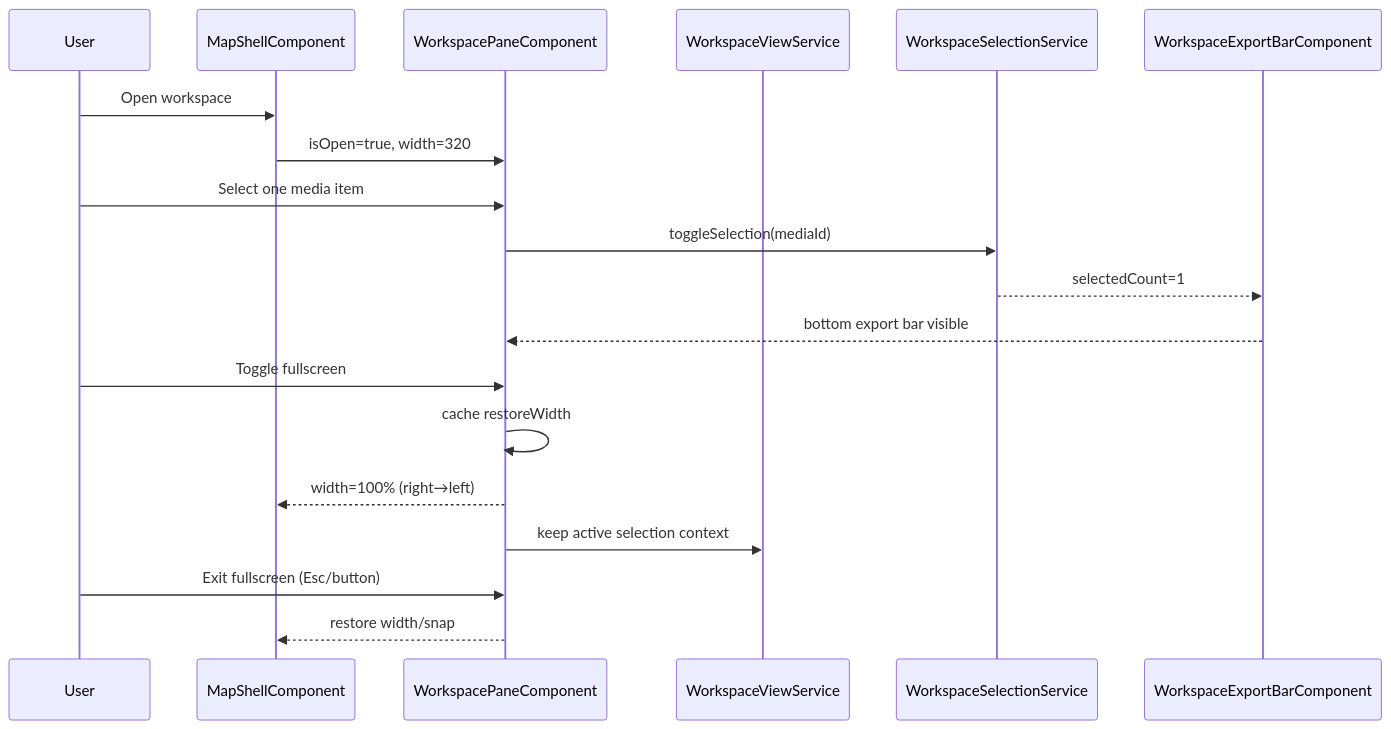
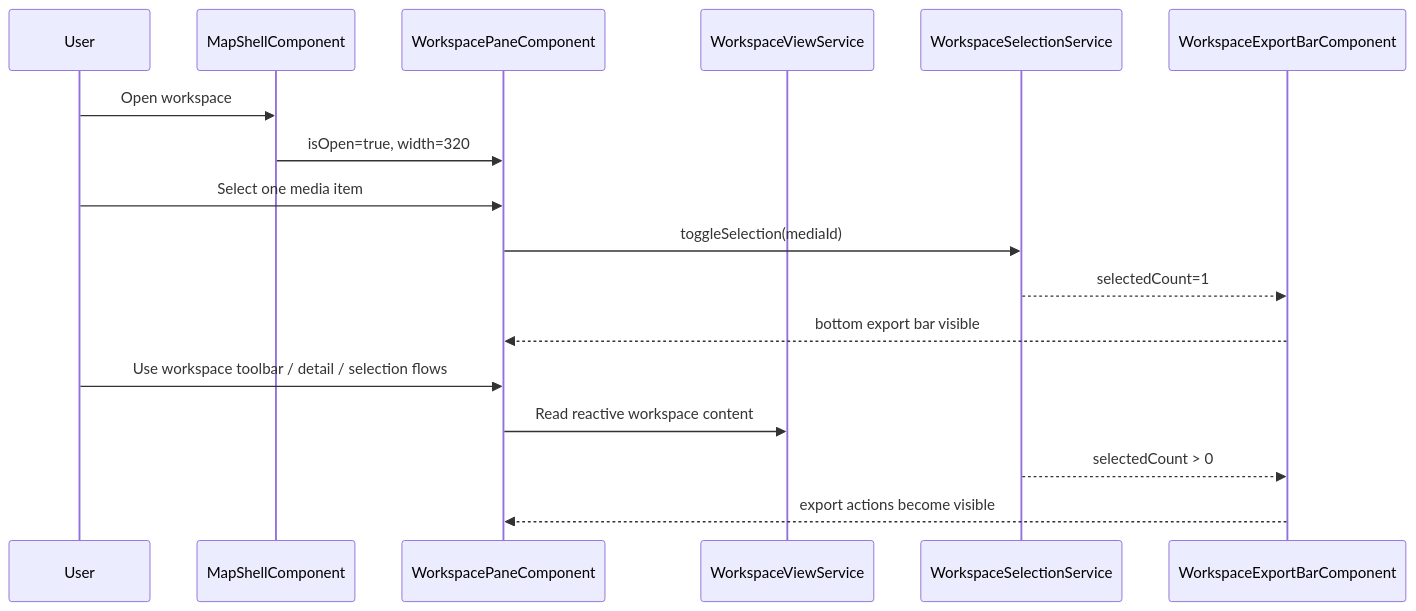
Before and after one commit to matkleve/feldpost: the fourth of 5 diagrams in docs/element-specs/workspace-pane.md, drawn with Mermaid. The commit also changed other lines of this file and 20 other files, not shown here.

````diff
--- a/docs/element-specs/workspace-pane.md
+++ b/docs/element-specs/workspace-pane.md
@@ -142,22 +141,20 @@
 ```mermaid
 sequenceDiagram
   participant User
   participant Shell as MapShellComponent
   participant Pane as WorkspacePaneComponent
   participant View as WorkspaceViewService
   participant Sel as WorkspaceSelectionService
   participant Export as WorkspaceExportBarComponent
 
   User->>Shell: Open workspace
   Shell->>Pane: isOpen=true, width=320
   User->>Pane: Select one media item
   Pane->>Sel: toggleSelection(mediaId)
   Sel-->>Export: selectedCount=1
   Export-->>Pane: bottom export bar visible
-  User->>Pane: Toggle fullscreen
-  Pane->>Pane: cache restoreWidth
-  Pane-->>Shell: width=100% (right→left)
-  Pane->>View: keep active selection context
-  User->>Pane: Exit fullscreen (Esc/button)
-  Pane-->>Shell: restore width/snap
+  User->>Pane: Use workspace toolbar / detail / selection flows
+  Pane->>View: Read reactive workspace content
+  Sel-->>Export: selectedCount > 0
+  Export-->>Pane: export actions become visible
 ```
````
